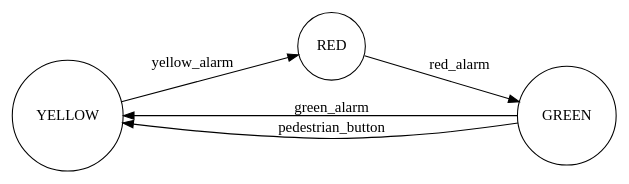
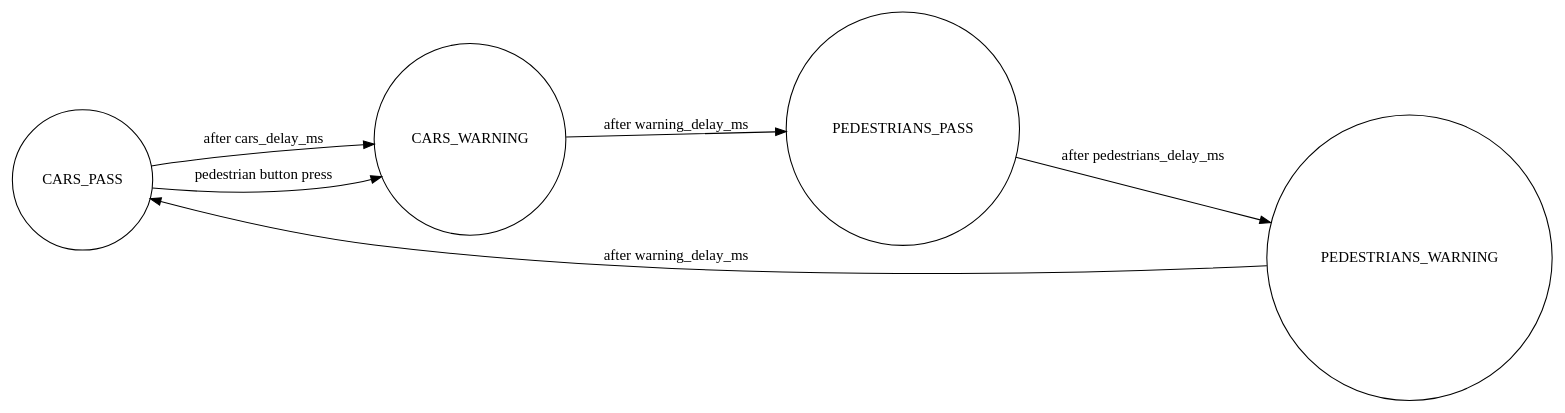
One commit to RedBlaze42/Projet-ASL changed the diagram in images/FSM_graph.dot. Above: the diagram before and after it, drawn with Graphviz. The commit also changed 2 other files, not shown here.

Commit message:
Added pedestrian lights Added LEDs and discrete button

```diff
--- a/images/FSM_graph.dot
+++ b/images/FSM_graph.dot
@@ -1,9 +1,11 @@
 digraph traffic_lights_FSM {
 	rankdir=LR;
 	node [shape = circle];
 
-	YELLOW -> RED [ label = "yellow_alarm" ];
-	RED -> GREEN [ label = "red_alarm" ];
-	GREEN -> YELLOW [ label = "green_alarm" ];
-	GREEN -> YELLOW [ label = "pedestrian_button" ];
+	CARS_PASS -> CARS_WARNING [ label = "after cars_delay_ms" ];
+	CARS_WARNING -> PEDESTRIANS_PASS [ label = "after warning_delay_ms" ];
+	PEDESTRIANS_PASS -> PEDESTRIANS_WARNING [ label = "after pedestrians_delay_ms" ];
+	PEDESTRIANS_WARNING -> CARS_PASS [ label = "after warning_delay_ms" ];
+
+	CARS_PASS -> CARS_WARNING [ label = "pedestrian button press" ];
 }
```
